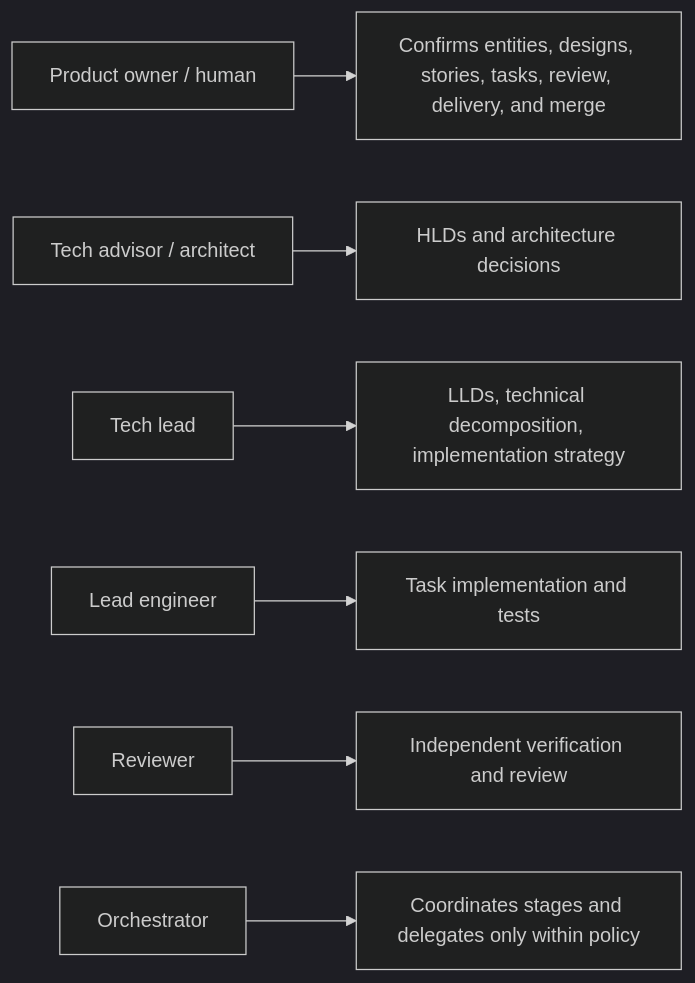
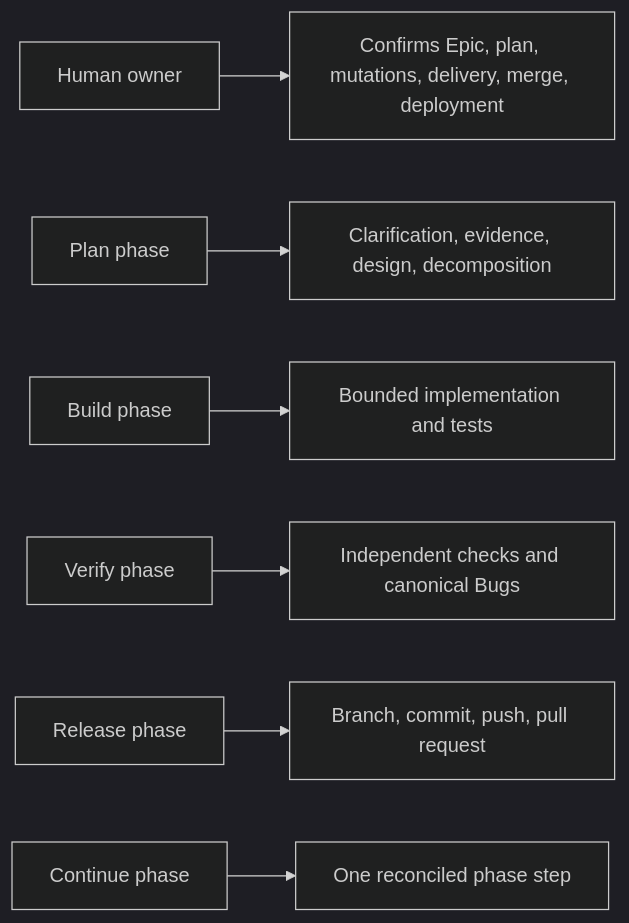
Before and after one commit to dragoscirjan/harnessctl-v2: the third of 3 diagrams in FLOWS.md, drawn with Mermaid (dark theme). The commit also changed other lines of this file and 95 other files, not shown here.

Commit message:
feat: simplify SDLC to five Epic-first commands

````diff
--- a/FLOWS.md
+++ b/FLOWS.md
@@ -858,11 +258,11 @@
 ```mermaid
 flowchart LR
-    accTitle: SDLC roles and responsibilities
-    accDescr: Human owners, architects, leads, engineers, reviewers, and the Orchestrator each have distinct approval, design, implementation, review, or coordination responsibilities.
-    human[Product owner / human] --> humanRole[Confirms entities, designs, stories, tasks, review, delivery, and merge]
-    architect[Tech advisor / architect] --> architectRole[HLDs and architecture decisions]
-    lead[Tech lead] --> leadRole[LLDs, technical decomposition, implementation strategy]
-    engineer[Lead engineer] --> engineerRole[Task implementation and tests]
-    reviewer[Reviewer] --> reviewerRole[Independent verification and review]
-    orchestrator[Orchestrator] --> orchestratorRole[Coordinates stages and delegates only within policy]
+    accTitle: Epic-first SDLC responsibilities
+    accDescr: Humans confirm scope, plans, mutations, delivery, merge, and deployment while command phases coordinate evidence and configured tools within explicit boundaries.
+    human[Human owner] --> decisions[Confirms Epic, plan, mutations, delivery, merge, deployment]
+    plan[Plan phase] --> planning[Clarification, evidence, design, decomposition]
+    build[Build phase] --> implementation[Bounded implementation and tests]
+    verify[Verify phase] --> evidence[Independent checks and canonical Bugs]
+    release[Release phase] --> delivery[Branch, commit, push, pull request]
+    continueWork[Continue phase] --> resume[One reconciled phase step]
 ```
````
